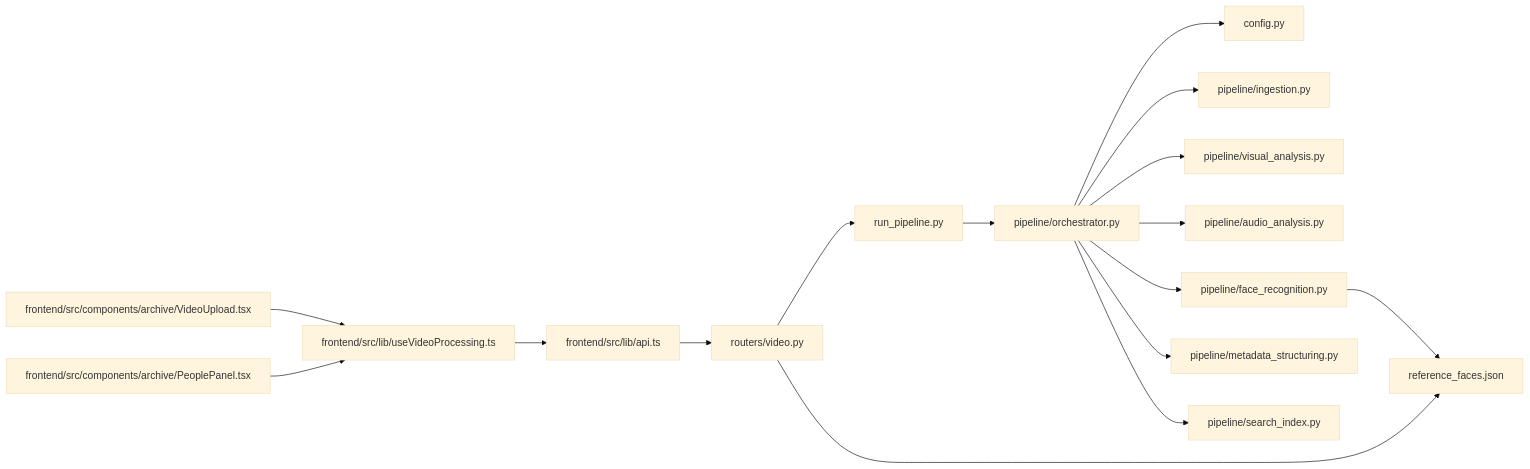
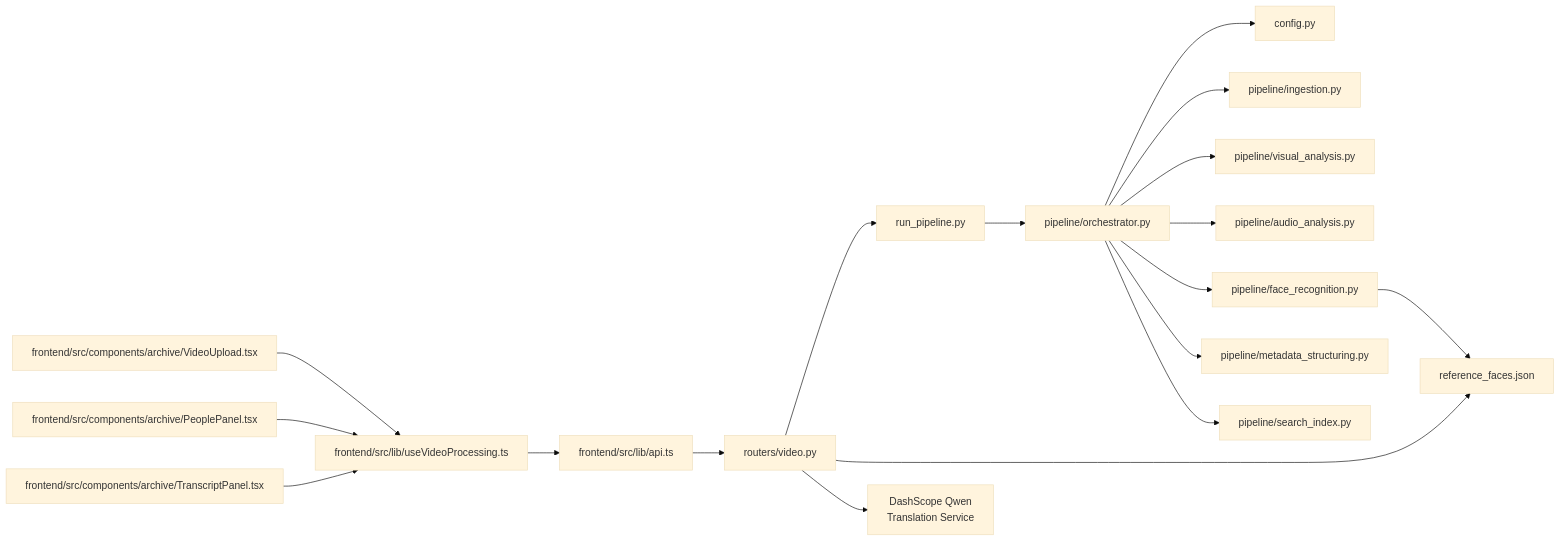
One commit to alexandreybasta-cyber/dubai-media-ai changed the third of 3 diagrams in .qoder/repowiki/en/content/Backend API Reference/Video Processing Endpoints.md. Above: the diagram before and after it, drawn with Mermaid (base theme). The commit also changed other lines of this file and 73 other files, not shown here.

````diff
--- a/.qoder/repowiki/en/content/Backend API Reference/Video Processing Endpoints.md
+++ b/.qoder/repowiki/en/content/Backend API Reference/Video Processing Endpoints.md
@@ -674,18 +809,20 @@
 ```mermaid
 graph LR
 Router["routers/video.py"] --> Runner["run_pipeline.py"]
 Router --> RefDB["reference_faces.json"]
+Router --> DashScope["DashScope Qwen<br/>Translation Service"]
 Runner --> Orchestrator["pipeline/orchestrator.py"]
 Orchestrator --> Config["config.py"]
 Orchestrator --> Ingestion["pipeline/ingestion.py"]
 Orchestrator --> Visual["pipeline/visual_analysis.py"]
 Orchestrator --> Audio["pipeline/audio_analysis.py"]
 Orchestrator --> Face["pipeline/face_recognition.py"]
 Orchestrator --> Metadata["pipeline/metadata_structuring.py"]
 Orchestrator --> SearchIndex["pipeline/search_index.py"]
 Face --> RefDB
 FrontendAPI["frontend/src/lib/api.ts"] --> Router
 FrontendHook["frontend/src/lib/useVideoProcessing.ts"] --> FrontendAPI
 FrontendUpload["frontend/src/components/archive/VideoUpload.tsx"] --> FrontendHook
 FrontendPeople["frontend/src/components/archive/PeoplePanel.tsx"] --> FrontendHook
+FrontendTranscript["frontend/src/components/archive/TranscriptPanel.tsx"] --> FrontendHook
 ```
````
